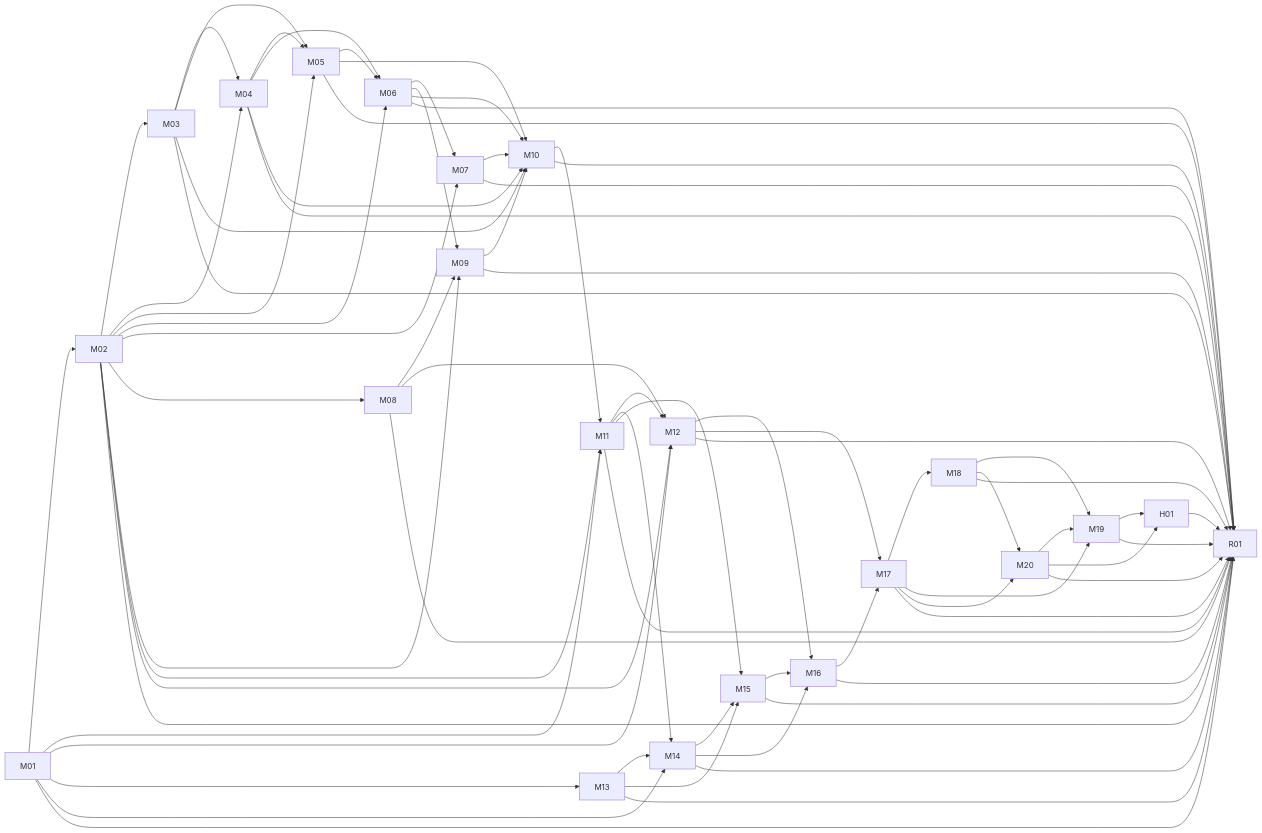
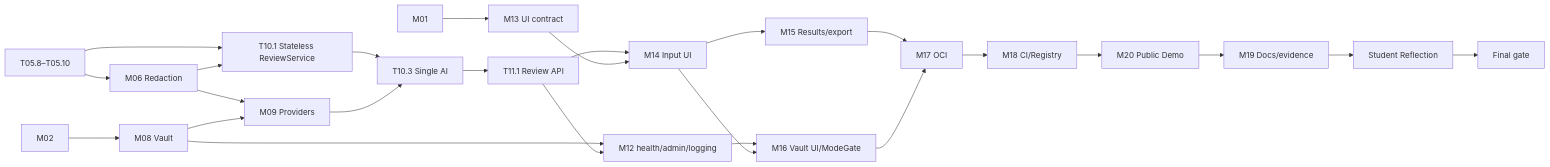
Before and after one commit to LiXiaozhou0222/reviewlens-ai4se: the diagram in PLAN.md, drawn with Mermaid. The commit also changed other lines of this file and 4 other files, not shown here.

````diff
--- a/PLAN.md
+++ b/PLAN.md
@@ -77,44 +69,27 @@
 ```mermaid
 flowchart LR
-  M01 --> M02 & M11 & M12 & M13 & M14
-  M02 --> M03 & M04 & M05 & M06 & M07 & M08 & M09 & M11 & M12
-  M03 --> M04 & M05 & M10
-  M04 --> M05 & M06 & M10
-  M05 --> M06 & M10
-  M06 --> M07 & M09 & M10
-  M07 --> M10
-  M08 --> M09 & M12
-  M09 --> M10
-  M10 --> M11
-  M11 --> M12 & M14 & M15
-  M12 --> M16 & M17
-  M13 --> M14 & M15
-  M14 --> M15 & M16
-  M15 --> M16
+  M05["T05.8–T05.10"] --> M06["M06 Redaction"]
+  M02 --> M08["M08 Vault"]
+  M06 --> M09["M09 Providers"]
+  M08 --> M09
+  M05 --> T10A["T10.1 Stateless ReviewService"]
+  M06 --> T10A
+  T10A --> T10B["T10.3 Single AI"]
+  M09 --> T10B
+  T10B --> M11["T11.1 Review API"]
+  M01 --> M13["M13 UI contract"]
+  M11 --> M14["M14 Input UI"]
+  M13 --> M14
+  M14 --> M15["M15 Results/export"]
+  M08 --> M12["M12 health/admin/logging"]
+  M11 --> M12
+  M12 --> M16["M16 Vault UI/ModeGate"]
+  M14 --> M16
+  M15 --> M17["M17 OCI"]
   M16 --> M17
-  M17 --> M18 & M19 & M20
-  M18 --> M19 & M20
-  M20 --> M19 & H01
-  M19 --> H01
-  M01 --> R01
-  M02 --> R01
-  M03 --> R01
-  M04 --> R01
-  M05 --> R01
-  M06 --> R01
-  M07 --> R01
-  M08 --> R01
-  M09 --> R01
-  M10 --> R01
-  M11 --> R01
-  M12 --> R01
-  M13 --> R01
-  M14 --> R01
-  M15 --> R01
-  M16 --> R01
-  M17 --> R01
-  M18 --> R01
-  M19 --> R01
-  M20 --> R01
-  H01 --> R01
+  M17 --> M18["M18 CI/Registry"]
+  M18 --> M20["M20 Public Demo"]
+  M20 --> M19["M19 Docs/evidence"]
+  M19 --> H01["Student Reflection"]
+  H01 --> R01["Final gate"]
 ```
````
